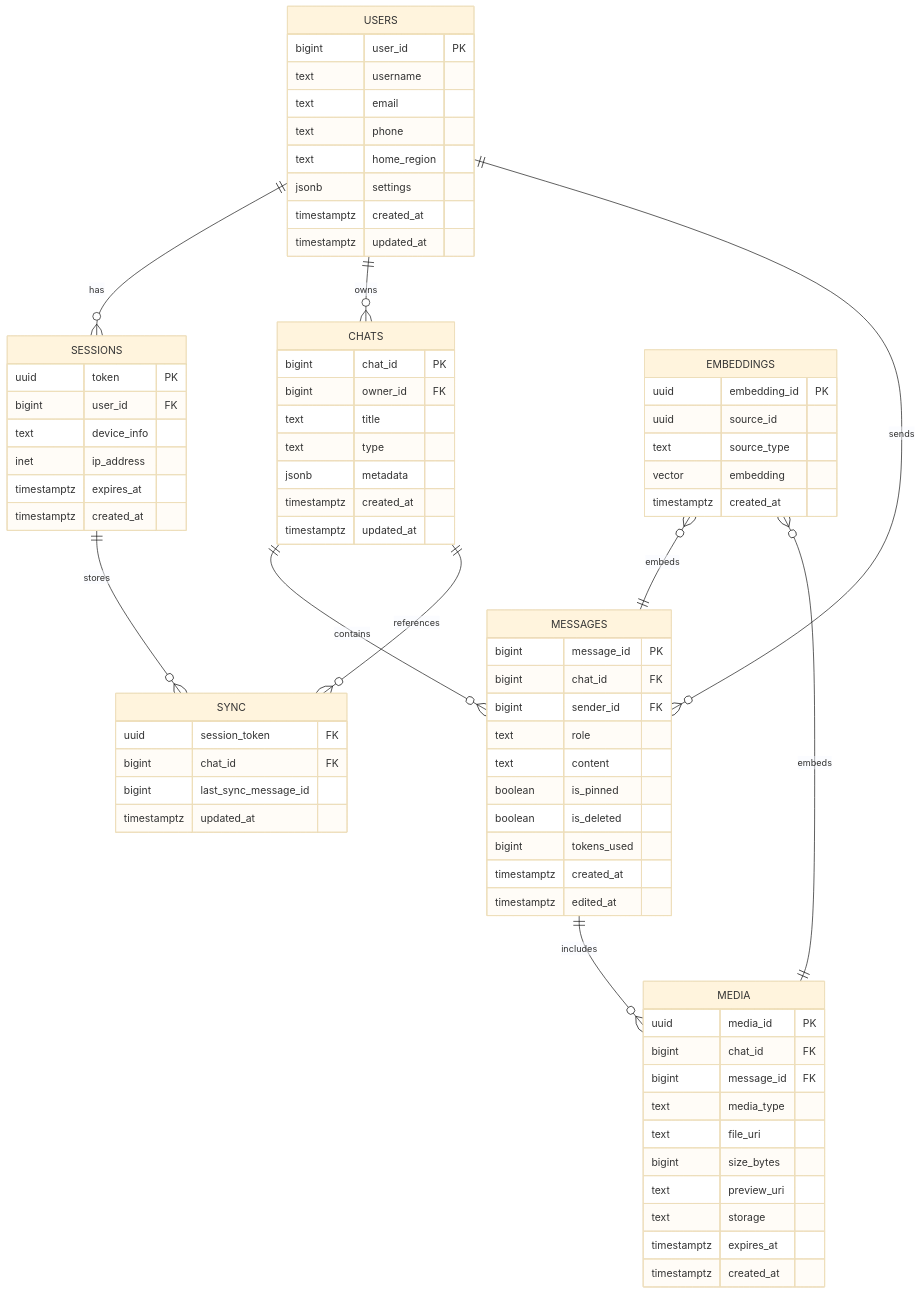
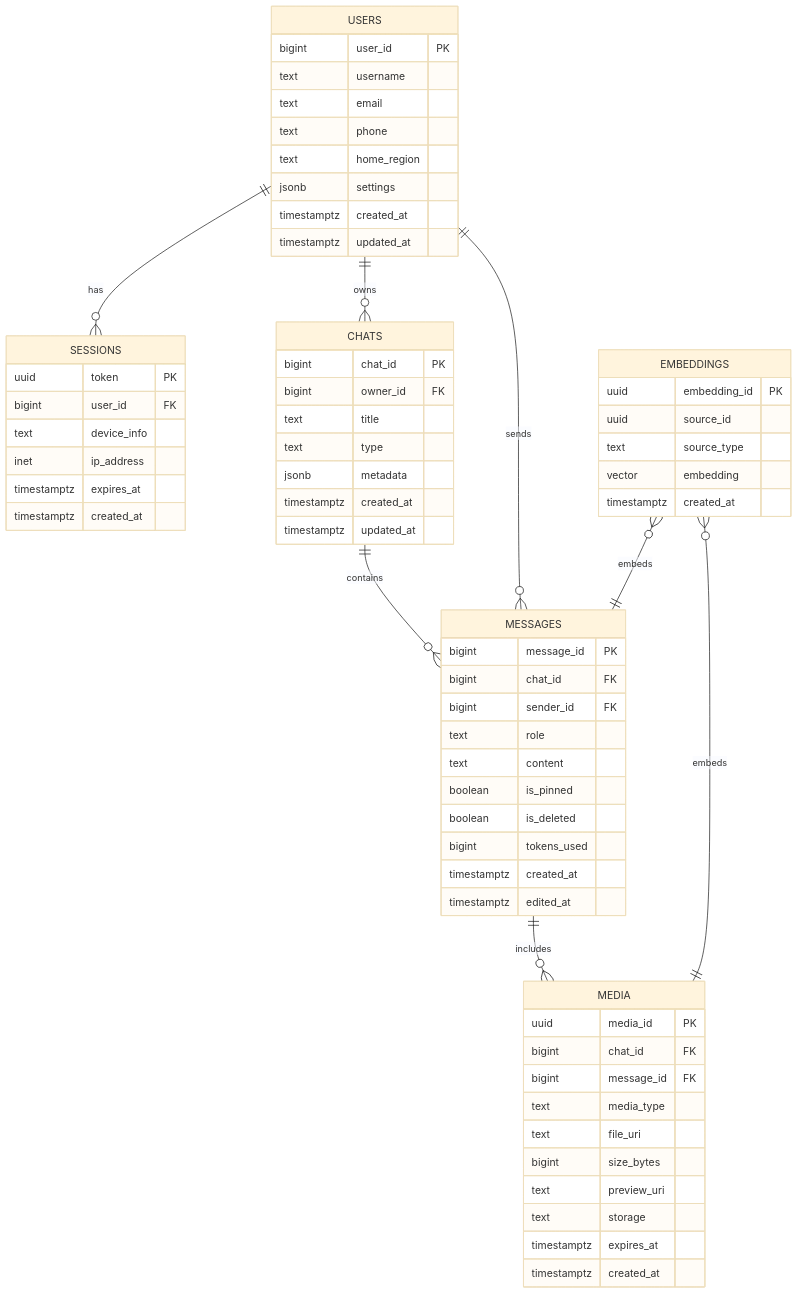
Before and after one commit to gettingthingsdoneee/gemini_highload: the diagram in README.md, drawn with Mermaid (base theme). The commit also changed other lines of this file, not shown here.

````diff
--- a/README.md
+++ b/README.md
@@ -488,21 +488,11 @@
         timestamptz created_at
     }
 
-    SYNC {
-        uuid session_token FK
-        bigint chat_id FK
-        bigint last_sync_message_id
-        timestamptz updated_at
-    }
-
     USERS ||--o{ SESSIONS : has
     USERS ||--o{ CHATS : owns
     CHATS ||--o{ MESSAGES : contains
     USERS ||--o{ MESSAGES : sends
     MESSAGES ||--o{ MEDIA : includes
-    SESSIONS ||--o{ SYNC : stores
-    CHATS ||--o{ SYNC : references
     EMBEDDINGS }o--|| MESSAGES : embeds
     EMBEDDINGS }o--|| MEDIA : embeds
-
 ```
````
